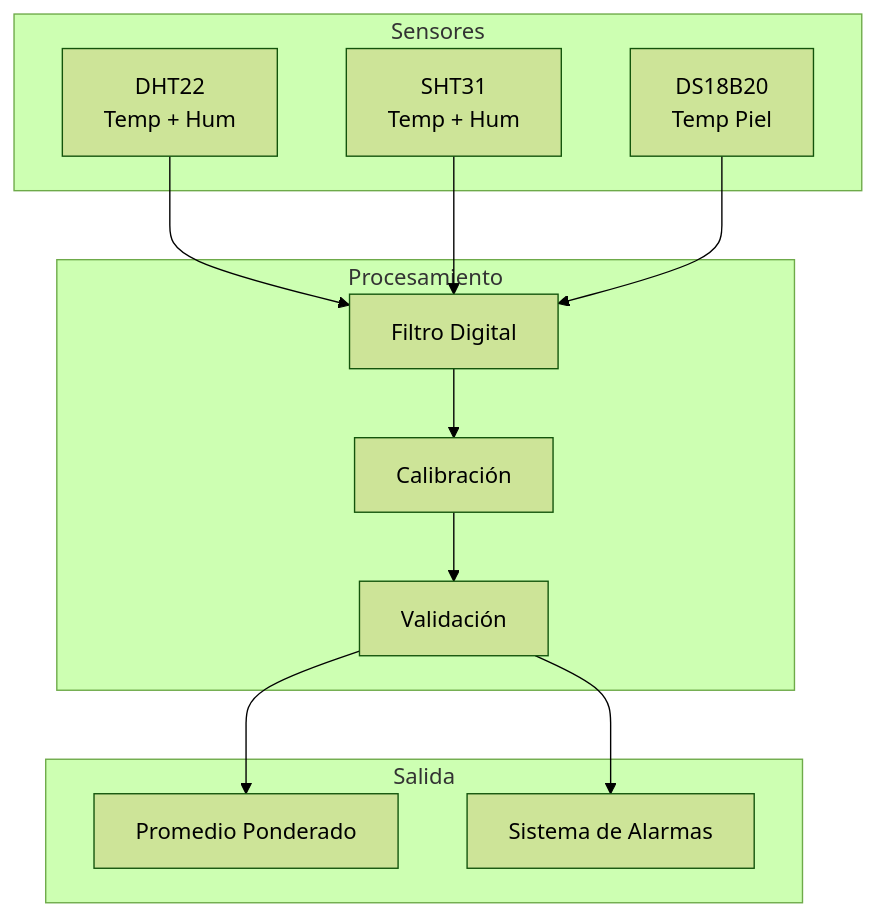
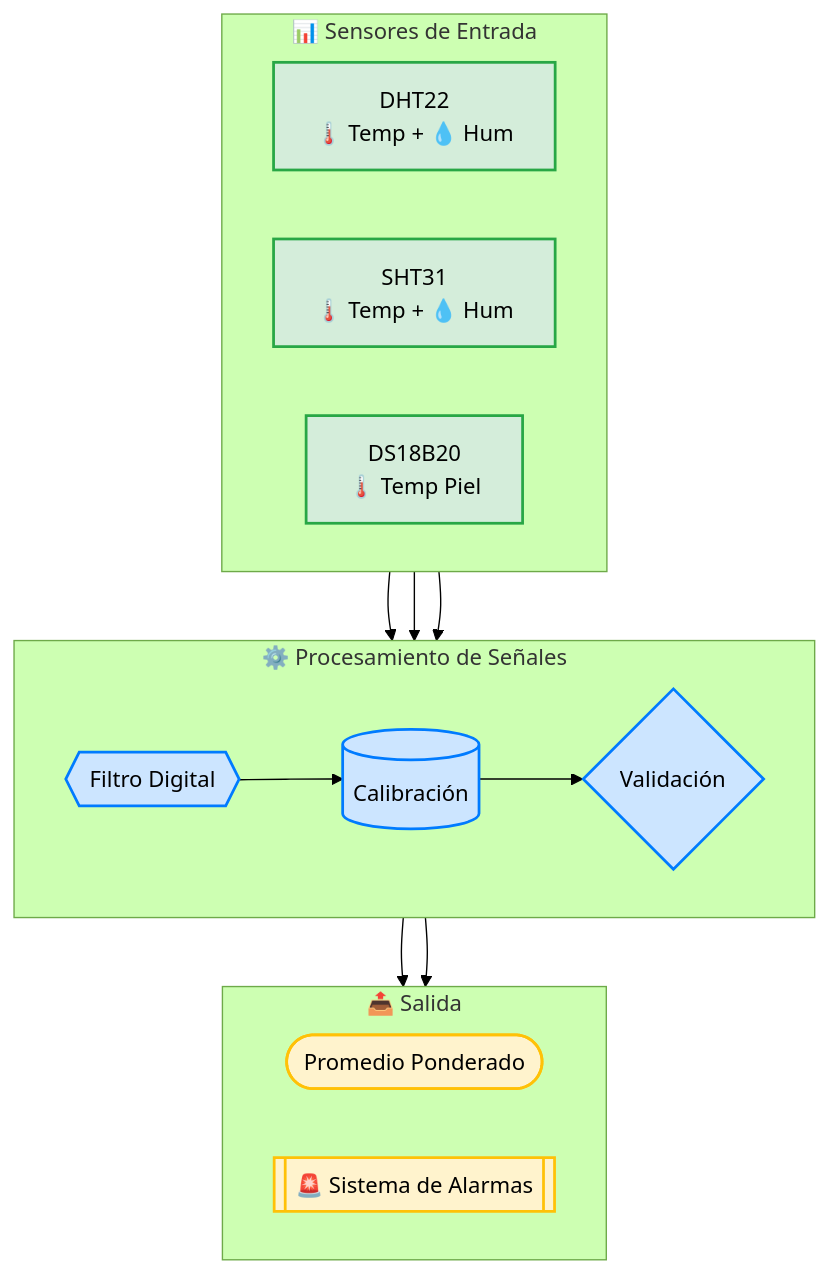
The second of 5 diagrams in docs/docs/architecture/system-design.md (medicalopenworld/IncuNest-Docs), drawn with Mermaid (forest theme) before and after one commit. The commit also changed other lines of this file and 11 other files, not shown here.

Commit message:
Update Spanish documentation diagrams to beautiful mermaid style

````diff
--- a/docs/docs/architecture/system-design.md
+++ b/docs/docs/architecture/system-design.md
@@ -110,28 +138,39 @@
 ```mermaid
-flowchart TB
-    subgraph Sensores
-        DHT22[DHT22<br/>Temp + Hum]
-        SHT31[SHT31<br/>Temp + Hum]
-        DS18B20[DS18B20<br/>Temp Piel]
+graph TB
+    subgraph Sensores [📊 Sensores de Entrada]
+        direction LR
+        DHT22[DHT22<br/>🌡️ Temp + 💧 Hum]
+        SHT31[SHT31<br/>🌡️ Temp + 💧 Hum]
+        DS18B20[DS18B20<br/>🌡️ Temp Piel]
     end
     
-    subgraph Procesamiento
-        FILTER[Filtro Digital]
-        CALIB[Calibración]
-        VALID[Validación]
+    subgraph Procesamiento [⚙️ Procesamiento de Señales]
+        direction LR
+        FILTER{{Filtro Digital}}
+        CALIB[(Calibración)]
+        VALID{Validación}
     end
     
-    subgraph Salida
-        AVG[Promedio Ponderado]
-        ALARM[Sistema de Alarmas]
+    subgraph Salida [📤 Salida]
+        direction LR
+        AVG([Promedio Ponderado])
+        ALARM[[🚨 Sistema de Alarmas]]
     end
     
     DHT22 --> FILTER
     SHT31 --> FILTER
     DS18B20 --> FILTER
     
     FILTER --> CALIB
     CALIB --> VALID
     VALID --> AVG
     VALID --> ALARM
+    
+    classDef sensors fill:#d4edda,stroke:#28a745,stroke-width:2px
+    classDef processing fill:#cce5ff,stroke:#007bff,stroke-width:2px
+    classDef output fill:#fff3cd,stroke:#ffc107,stroke-width:2px
+    
+    class DHT22,SHT31,DS18B20 sensors
+    class FILTER,CALIB,VALID processing
+    class AVG,ALARM output
 ```
````
